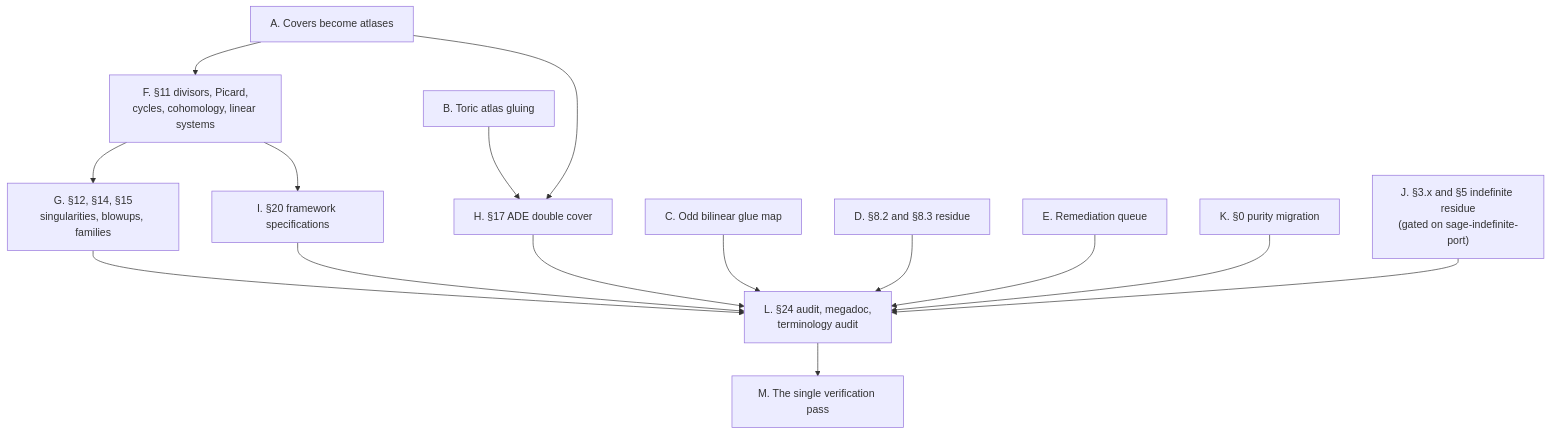
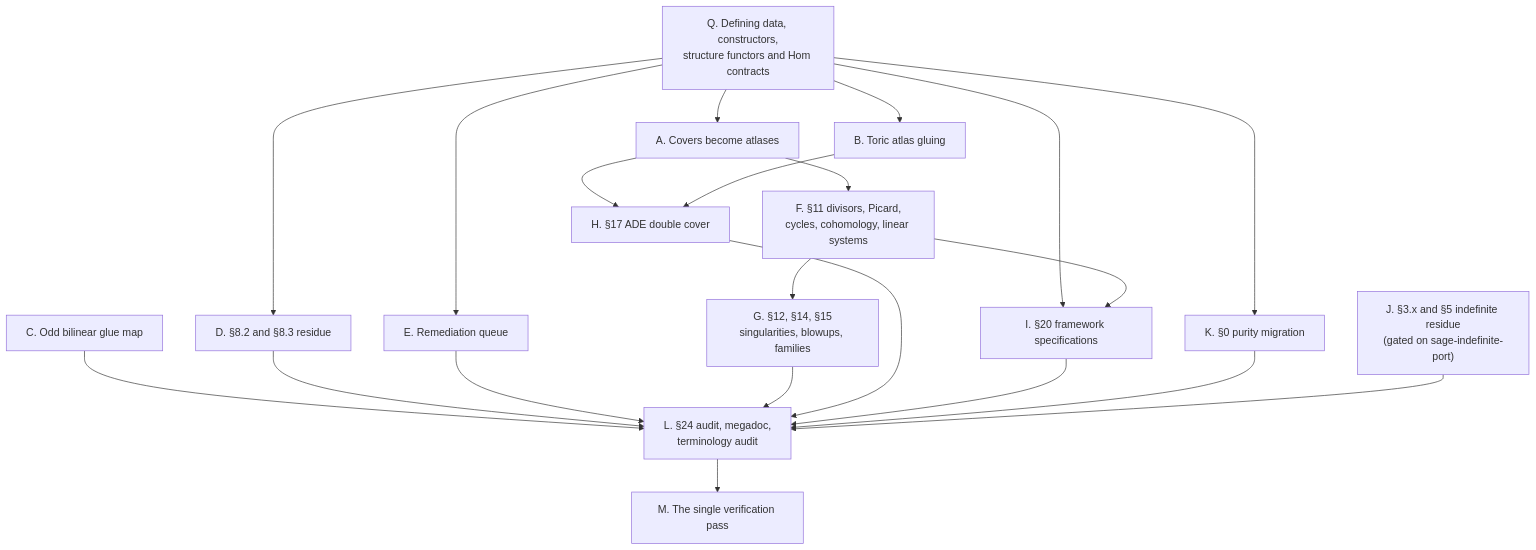
Before and after one commit to dzackgarza/research: the diagram in TODO.md, drawn with Mermaid. The commit also changed other lines of this file and 2 other files, not shown here.

First line of the commit message:
docs(preamble): define construction contracts and repair order

````diff
--- a/TODO.md
+++ b/TODO.md
@@ -244,17 +303,23 @@
 ```mermaid
 graph TD
+    Q["Q. Defining data, constructors,<br/>structure functors and Hom contracts"] --> A
+    Q --> B
+    Q --> D
+    Q --> E
+    Q --> I
+    Q --> K
     A["A. Covers become atlases"] --> F["F. §11 divisors, Picard,<br/>cycles, cohomology, linear systems"]
     A --> H["H. §17 ADE double cover"]
     B["B. Toric atlas gluing"] --> H
     F --> G["G. §12, §14, §15<br/>singularities, blowups, families"]
     F --> I["I. §20 framework specifications"]
     C["C. Odd bilinear glue map"] --> L
     D["D. §8.2 and §8.3 residue"] --> L
     E["E. Remediation queue"] --> L
     G --> L["L. §24 audit, megadoc,<br/>terminology audit"]
     H --> L
     I --> L
     K["K. §0 purity migration"] --> L
     J["J. §3.x and §5 indefinite residue<br/>(gated on sage-indefinite-port)"] --> L
     L --> M["M. The single verification pass"]
 ```
````
